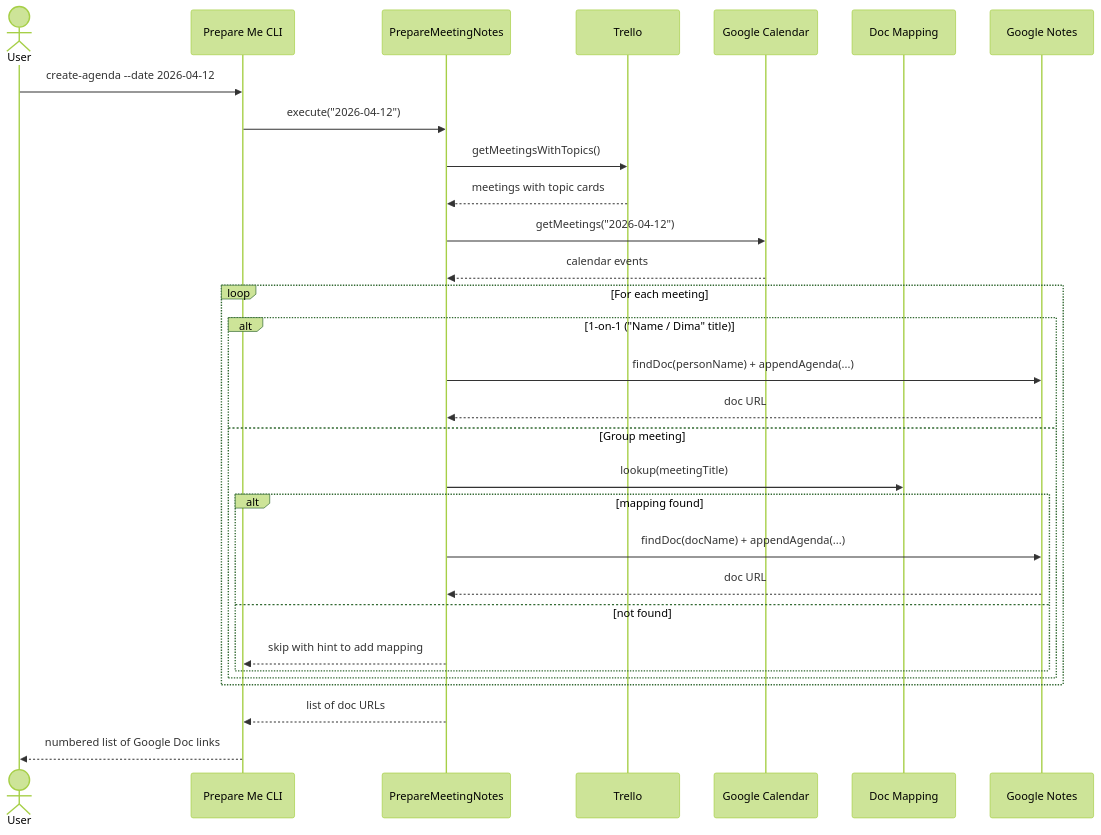
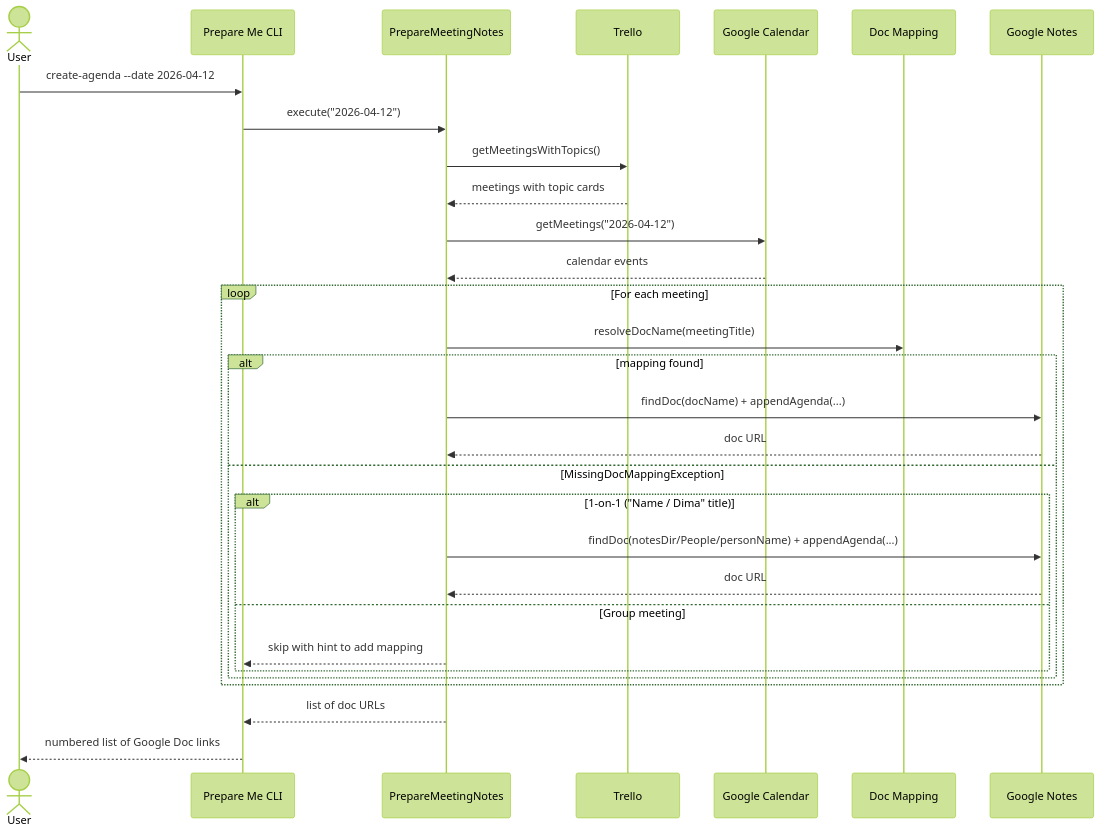
One commit to PaulFrmBrn/prepare-me changed the diagram in architecture/sequence-create-agenda.md. Above: the diagram before and after it, drawn with Mermaid (forest theme). The commit also changed 3 other files, not shown here.

Commit message:
Update architecture docs accordingly to latest changes

````diff
--- a/architecture/sequence-create-agenda.md
+++ b/architecture/sequence-create-agenda.md
@@ -4,37 +4,37 @@
 ```mermaid
 sequenceDiagram
     actor User
     participant CLI as Prepare Me CLI
     participant UC as PrepareMeetingNotes
     participant Planner as Trello
     participant Cal as Google Calendar
     participant Mapping as Doc Mapping
     participant Notes as Google Notes
 
     User->>CLI: create-agenda --date 2026-04-12
     CLI->>UC: execute("2026-04-12")
 
     UC->>Planner: getMeetingsWithTopics()
     Planner-->>UC: meetings with topic cards
 
     UC->>Cal: getMeetings("2026-04-12")
     Cal-->>UC: calendar events
 
     loop For each meeting
-        alt 1-on-1 ("Name / Dima" title)
-            UC->>Notes: findDoc(personName) + appendAgenda(...)
+        UC->>Mapping: resolveDocName(meetingTitle)
+        alt mapping found
+            UC->>Notes: findDoc(docName) + appendAgenda(...)
             Notes-->>UC: doc URL
-        else Group meeting
-            UC->>Mapping: lookup(meetingTitle)
-            alt mapping found
-                UC->>Notes: findDoc(docName) + appendAgenda(...)
+        else MissingDocMappingException
+            alt 1-on-1 ("Name / Dima" title)
+                UC->>Notes: findDoc(notesDir/People/personName) + appendAgenda(...)
                 Notes-->>UC: doc URL
-            else not found
+            else Group meeting
                 UC-->>CLI: skip with hint to add mapping
             end
         end
     end
 
     UC-->>CLI: list of doc URLs
     CLI-->>User: numbered list of Google Doc links
 ```
````
